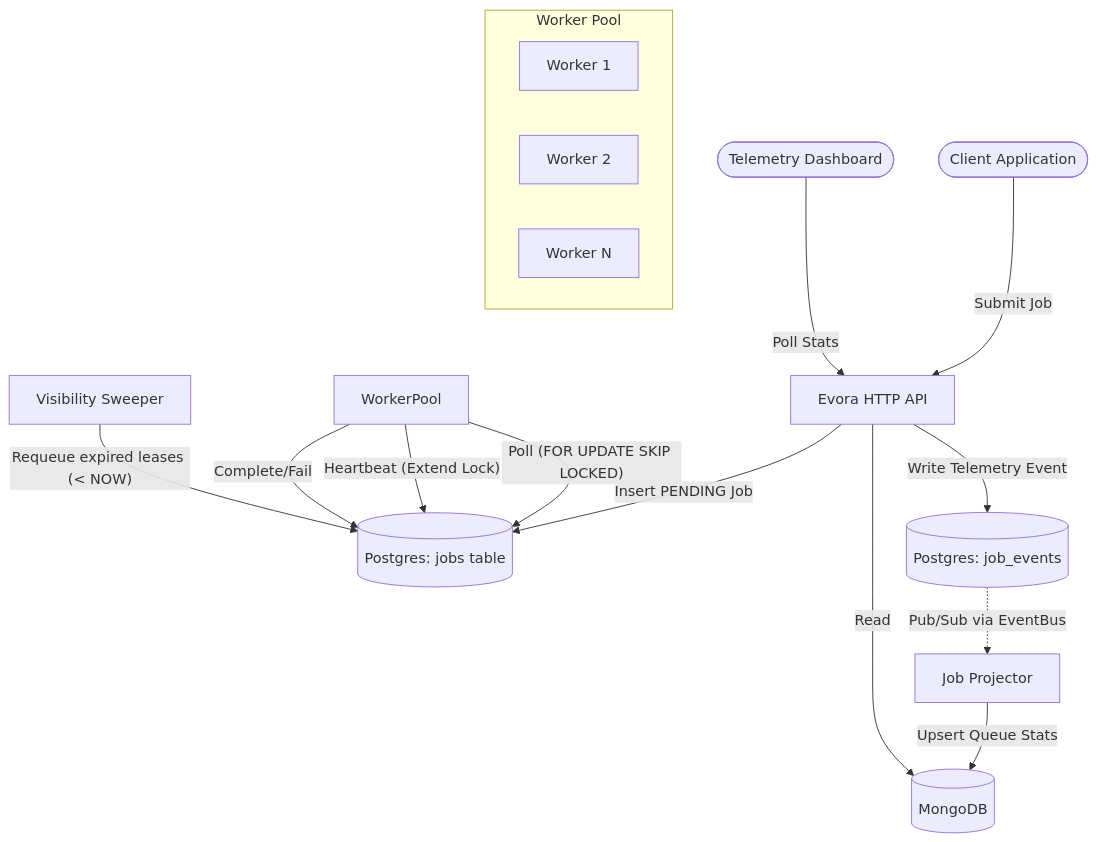
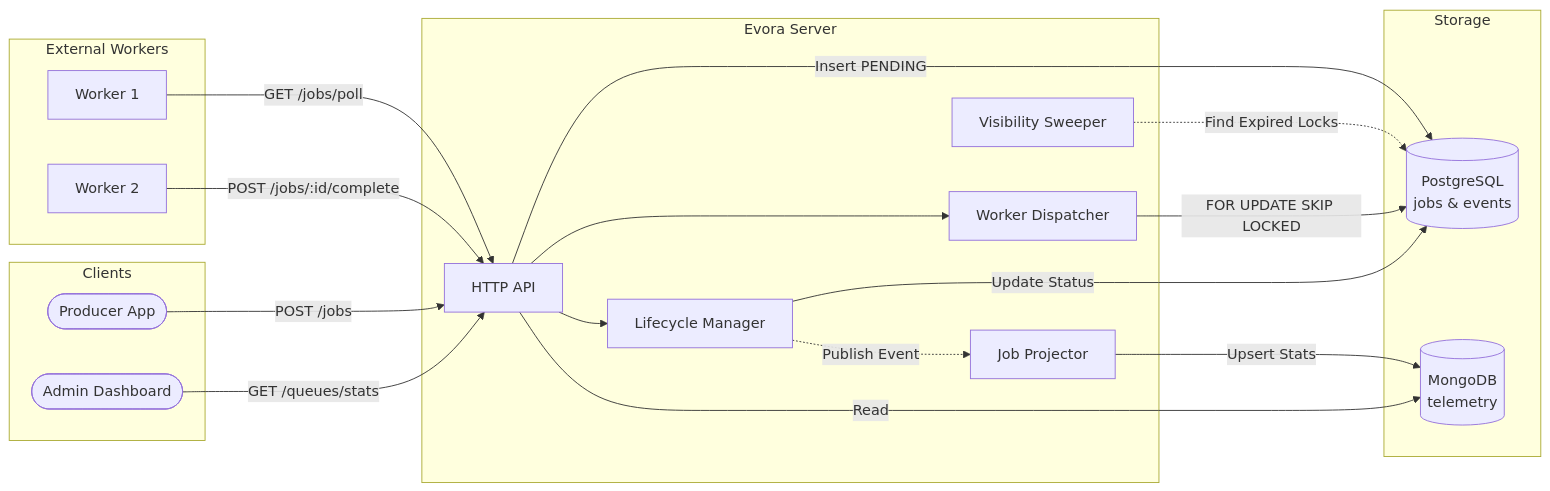
One commit to jhanvi857/Evora changed the first of 3 diagrams in README.md. Above: the diagram before and after it, drawn with Mermaid.

Commit message:
fix : system architecture diagram

````diff
--- a/README.md
+++ b/README.md
@@ -7,24 +7,47 @@
 ```mermaid
-graph TD
-    Client([Client Application]) -->|Submit Job| API[Evora HTTP API]
-    API -->|Insert PENDING Job| DB[(Postgres: jobs table)]
-    API -->|Write Telemetry Event| DB_Events[(Postgres: job_events)]
+graph LR
+    subgraph Clients
+        App([Producer App])
+        Dash([Admin Dashboard])
+    end
+
+    subgraph Evora Server
+        API[HTTP API]
+        Dispatcher[Worker Dispatcher]
+        Lifecycle[Lifecycle Manager]
+        Sweeper[Visibility Sweeper]
+        Projector[Job Projector]
+    end
+
+    subgraph Storage
+        PG[(PostgreSQL<br>jobs & events)]
+        Mongo[(MongoDB<br>telemetry)]
+    end
+
+    subgraph External Workers
+        W1[Worker 1]
+        W2[Worker 2]
+    end
+
+    %% Producer Flow
+    App -->|POST /jobs| API
+    API -->|Insert PENDING| PG
+
+    %% Worker Flow
+    W1 -->|GET /jobs/poll| API
+    W2 -->|POST /jobs/:id/complete| API
+    API --> Dispatcher
+    API --> Lifecycle
     
-    subgraph "Worker Pool"
-        Worker1[Worker 1]
-        Worker2[Worker 2]
-        WorkerN[Worker N]
-    end
+    Dispatcher -->|FOR UPDATE SKIP LOCKED| PG
+    Lifecycle -->|Update Status| PG
+
+    %% Background Tasks
+    Sweeper -.->|Find Expired Locks| PG
     
-    WorkerPool --"Poll (FOR UPDATE SKIP LOCKED)"--> DB
-    WorkerPool --"Heartbeat (Extend Lock)"--> DB
-    WorkerPool --"Complete/Fail"--> DB
-    
-    Sweeper[Visibility Sweeper] -->|"Requeue expired leases (< NOW)"| DB
-    
-    DB_Events -.->|"Pub/Sub via EventBus"| Proj[Job Projector]
-    Proj -->|"Upsert Queue Stats"| Mongo[(MongoDB)]
-    
-    AdminUI([Telemetry Dashboard]) -->|"Poll Stats"| API
-    API -->|"Read"| Mongo
+    %% Telemetry
+    Lifecycle -.->|Publish Event| Projector
+    Projector -->|Upsert Stats| Mongo
+    Dash -->|GET /queues/stats| API
+    API -->|Read| Mongo
 ```
````
